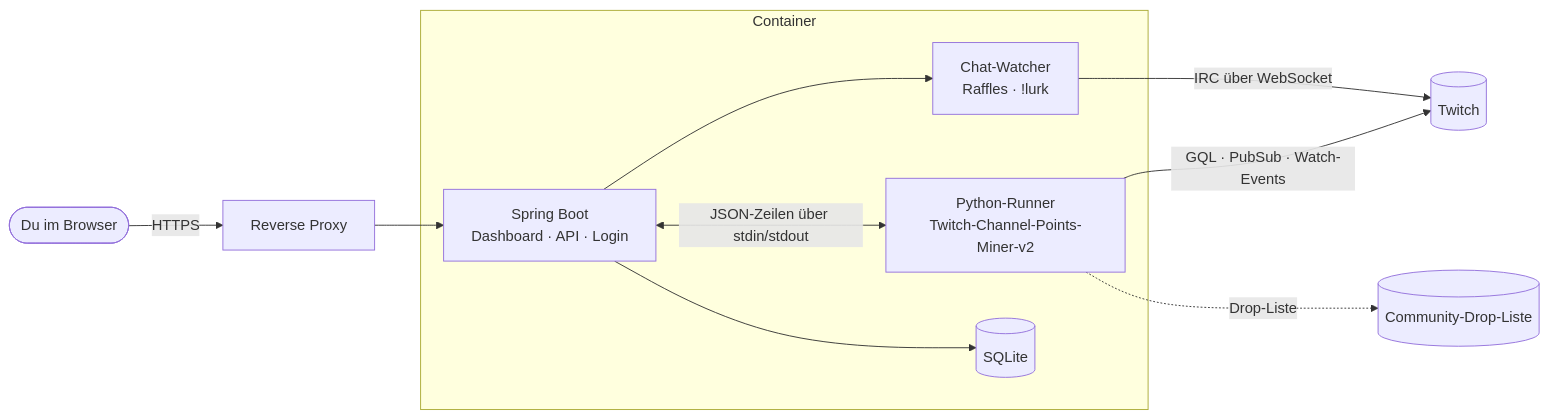
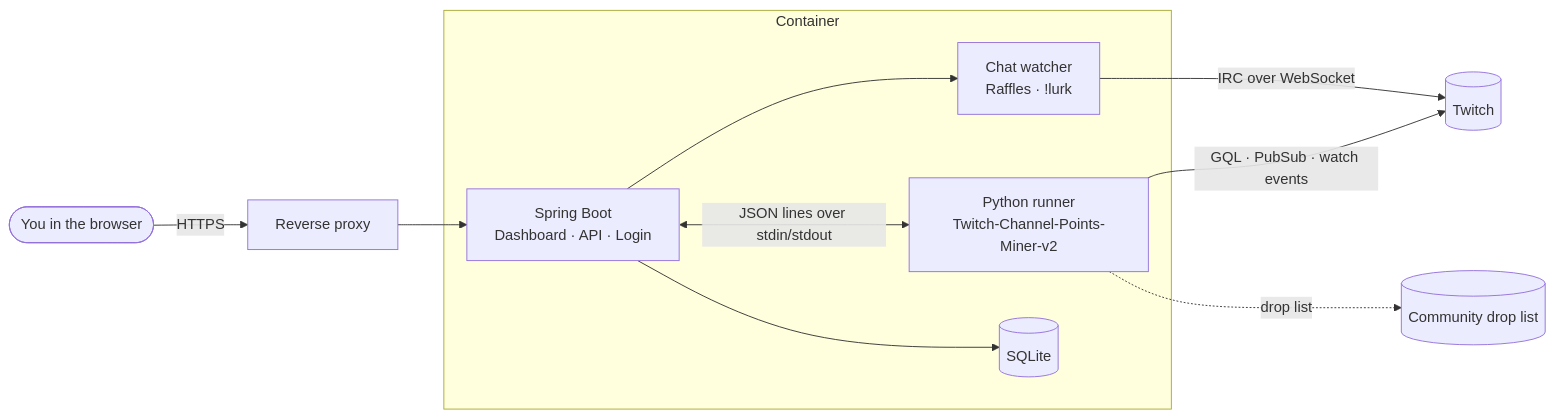
Before and after one commit to Raindancer118/twitchlurker: the diagram in README.md, drawn with Mermaid. The commit also changed other lines of this file and 41 other files, not shown here.

````diff
--- a/README.md
+++ b/README.md
@@ -185,19 +185,19 @@
 ```mermaid
 flowchart LR
-    You([Du im Browser]) -- HTTPS --> Proxy[Reverse Proxy]
+    You([You in the browser]) -- HTTPS --> Proxy[Reverse proxy]
     Proxy --> App
 
     subgraph Container
       App[Spring Boot<br/>Dashboard · API · Login]
-      Runner[Python-Runner<br/>Twitch-Channel-Points-Miner-v2]
-      Chat[Chat-Watcher<br/>Raffles · !lurk]
+      Runner[Python runner<br/>Twitch-Channel-Points-Miner-v2]
+      Chat[Chat watcher<br/>Raffles · !lurk]
       DB[(SQLite)]
-      App <-- JSON-Zeilen über stdin/stdout --> Runner
+      App <-- JSON lines over stdin/stdout --> Runner
       App --> Chat
       App --> DB
     end
 
-    Runner -- GQL · PubSub · Watch-Events --> Twitch[(Twitch)]
-    Chat -- IRC über WebSocket --> Twitch
-    Runner -. Drop-Liste .-> Community[(Community-Drop-Liste)]
+    Runner -- GQL · PubSub · watch events --> Twitch[(Twitch)]
+    Chat -- IRC over WebSocket --> Twitch
+    Runner -. drop list .-> Community[(Community drop list)]
 ```
````
